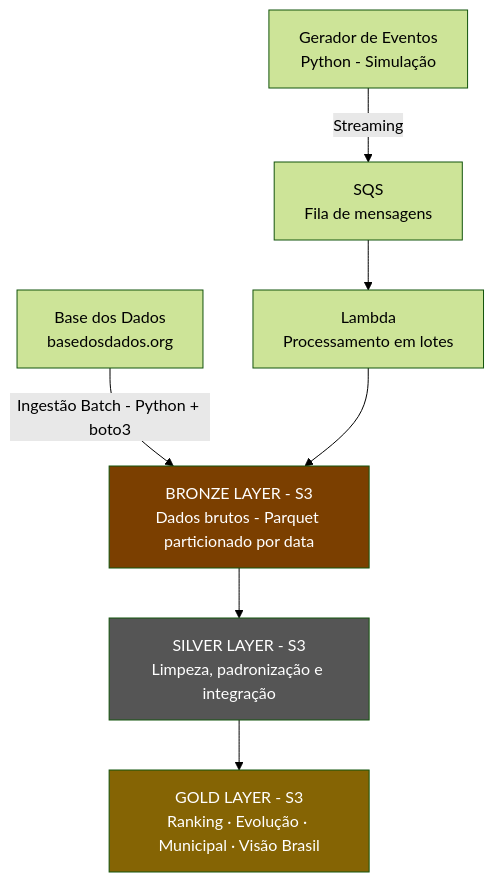
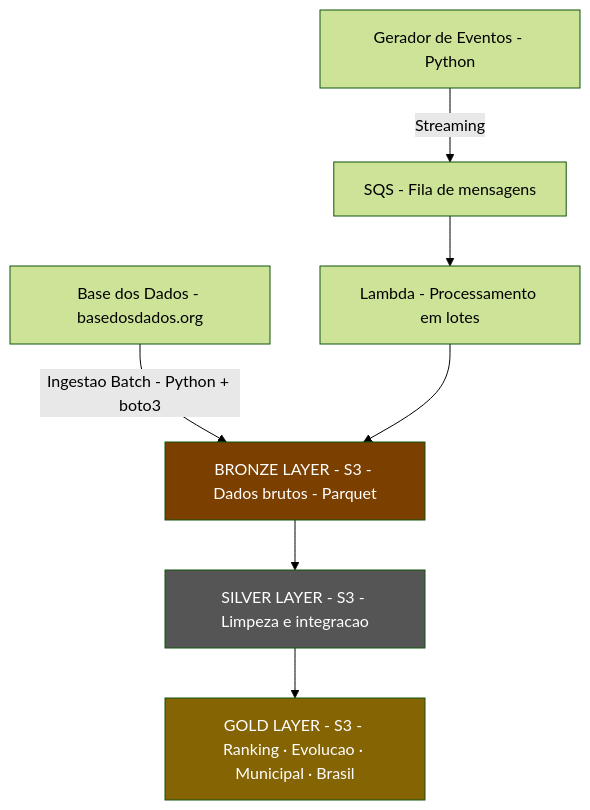
The diagram in README.md (GabrielFontineles/pipeline-alfabetizacao-brasil), drawn with Mermaid (forest theme) before and after one commit. The commit also changed other lines of this file, not shown here.

Commit message:
fix: correct mermaid diagram syntax for proper GitHub rendering

````diff
--- a/README.md
+++ b/README.md
@@ -30,22 +31,13 @@
 ```mermaid
 flowchart TD
-    A[Base dos Dados
-basedosdados.org] -->|Ingestão Batch - Python + boto3| B
-    B[BRONZE LAYER - S3
-Dados brutos - Parquet particionado por data]
-    B --> C
-    C[SILVER LAYER - S3
-Limpeza, padronização e integração]
-    C --> D
-    D[GOLD LAYER - S3
-Ranking · Evolução · Municipal · Visão Brasil]
-    E[Gerador de Eventos
-Python - Simulação] -->|Streaming| F
-    F[SQS
-Fila de mensagens] --> G
-    G[Lambda
-Processamento em lotes] --> B
+    A[Base dos Dados - basedosdados.org] -->|Ingestao Batch - Python + boto3| B
+    B[BRONZE LAYER - S3 - Dados brutos - Parquet] --> C
+    C[SILVER LAYER - S3 - Limpeza e integracao] --> D
+    D[GOLD LAYER - S3 - Ranking · Evolucao · Municipal · Brasil]
+    E[Gerador de Eventos - Python] -->|Streaming| F
+    F[SQS - Fila de mensagens] --> G
+    G[Lambda - Processamento em lotes] --> B
     style B fill:#7b3f00,color:#fff
-    style C fill:#555,color:#fff
+    style C fill:#555555,color:#fff
     style D fill:#856404,color:#fff
 ```
````
